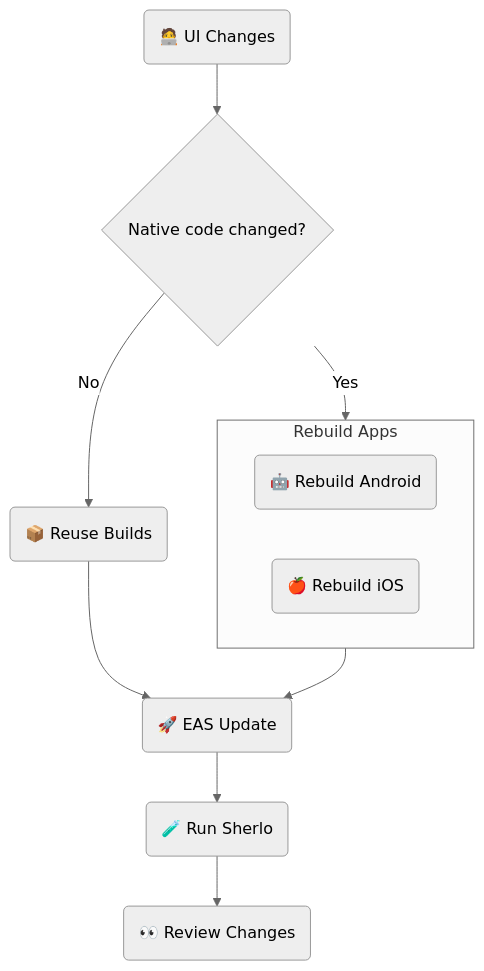
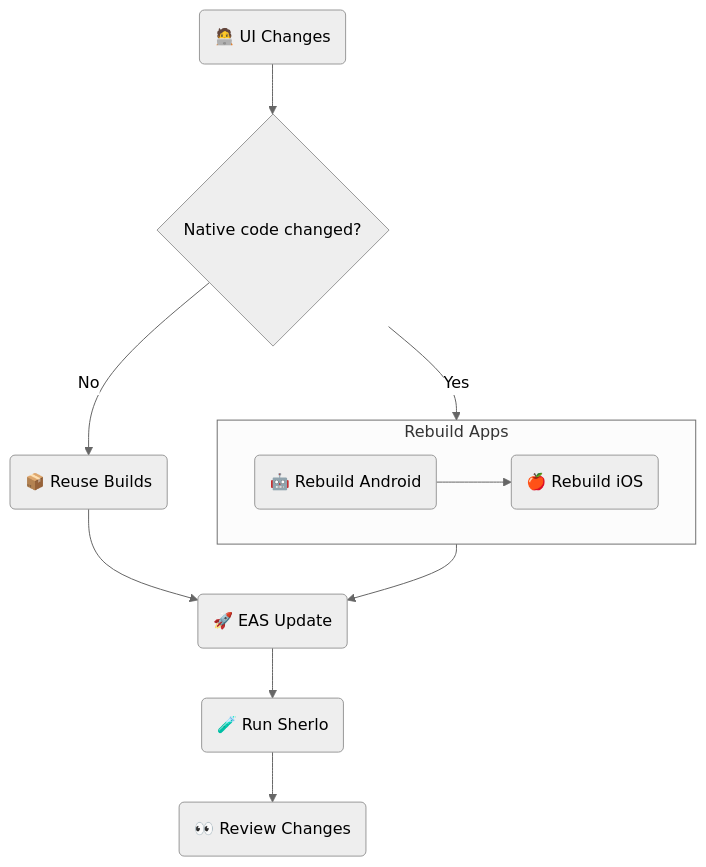
Before and after one commit to sherlo-io/sherlo: the diagram in examples/eas-update/README.md, drawn with Mermaid (neutral theme).

Commit message:
no message

````diff
--- a/examples/eas-update/README.md
+++ b/examples/eas-update/README.md
@@ -13,23 +13,24 @@
 ```mermaid
 flowchart TB
    UI(🧑‍💻 UI Changes)
    Check{Native code changed?}
    Reuse(📦 Reuse Builds)
    Update(🚀 EAS Update)
    Sherlo(🧪 Run Sherlo)
    Review(👀 Review Changes)
 
    subgraph Rebuild[Rebuild Apps]
       direction LR
       Android(🤖 Rebuild Android)
       iOS(🍎 Rebuild iOS)
    end
 
    UI --> Check
    Check -->|Yes| Rebuild
+   Android --> iOS
    Check -->|No| Reuse
    Rebuild --> Update
    Reuse --> Update
    Update --> Sherlo
    Sherlo --> Review
 ```
````
